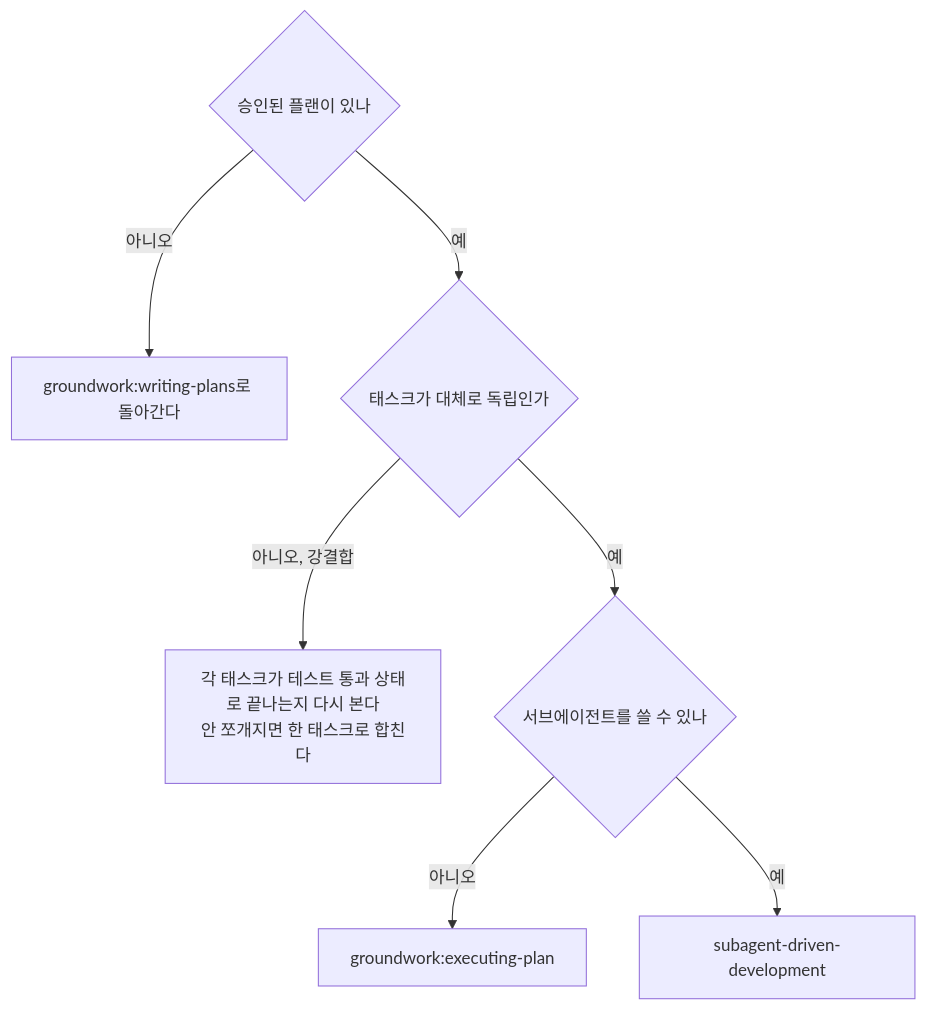
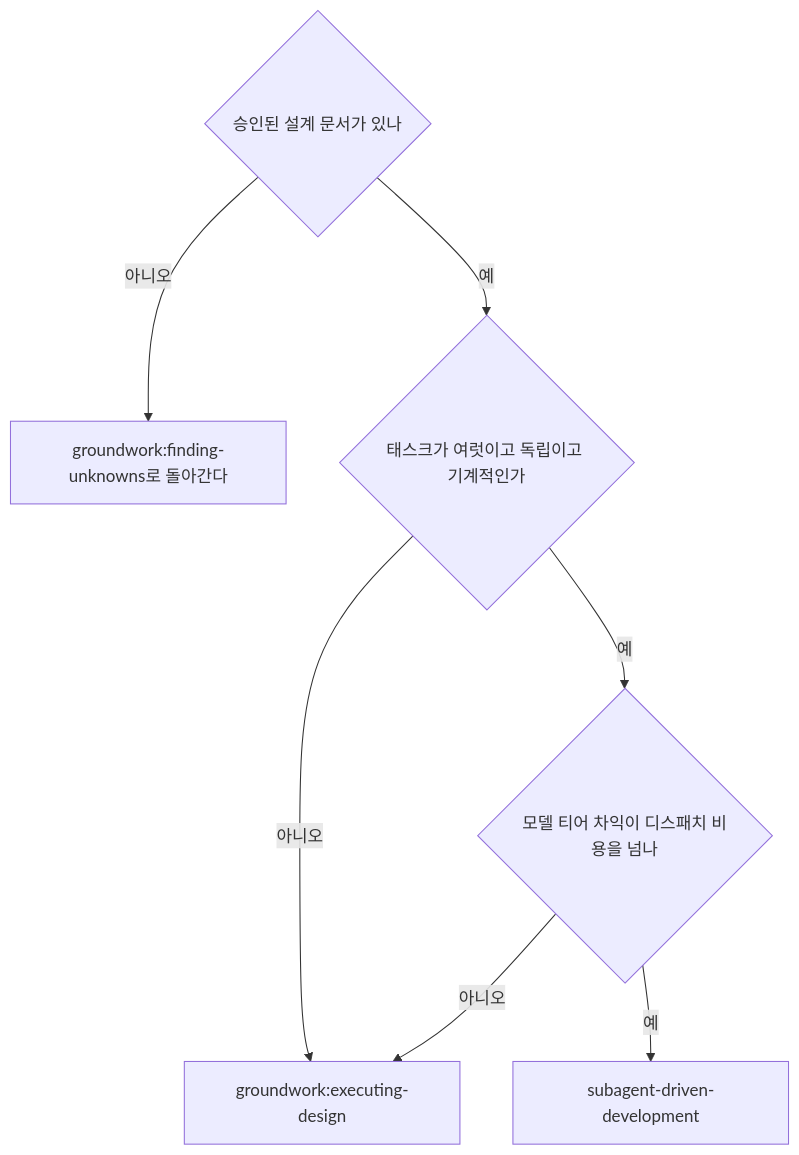
Before and after one commit to HarryJhin/groundwork: the diagram in skills/subagent-driven-development/SKILL.md, drawn with Mermaid. The commit also changed other lines of this file and 77 other files, not shown here.

````diff
--- a/skills/subagent-driven-development/SKILL.md
+++ b/skills/subagent-driven-development/SKILL.md
@@ -42,9 +63,9 @@
 ```mermaid
 flowchart TD
-    A{승인된 플랜이 있나} -->|아니오| B[groundwork:writing-plans로 돌아간다]
-    A -->|예| C{태스크가 대체로 독립인가}
-    C -->|아니오, 강결합| D[각 태스크가 테스트 통과 상태로 끝나는지 다시 본다<br/>안 쪼개지면 한 태스크로 합친다]
-    C -->|예| E{서브에이전트를 쓸 수 있나}
-    E -->|아니오| F[groundwork:executing-plan]
-    E -->|예| G[subagent-driven-development]
+    A{승인된 설계 문서가 있나} -->|아니오| B[groundwork:finding-unknowns로 돌아간다]
+    A -->|예| C{태스크가 여럿이고 독립이고 기계적인가}
+    C -->|아니오| D[groundwork:executing-design]
+    C -->|예| E{모델 티어 차익이 디스패치 비용을 넘나}
+    E -->|아니오| D
+    E -->|예| F[subagent-driven-development]
 ```
````
